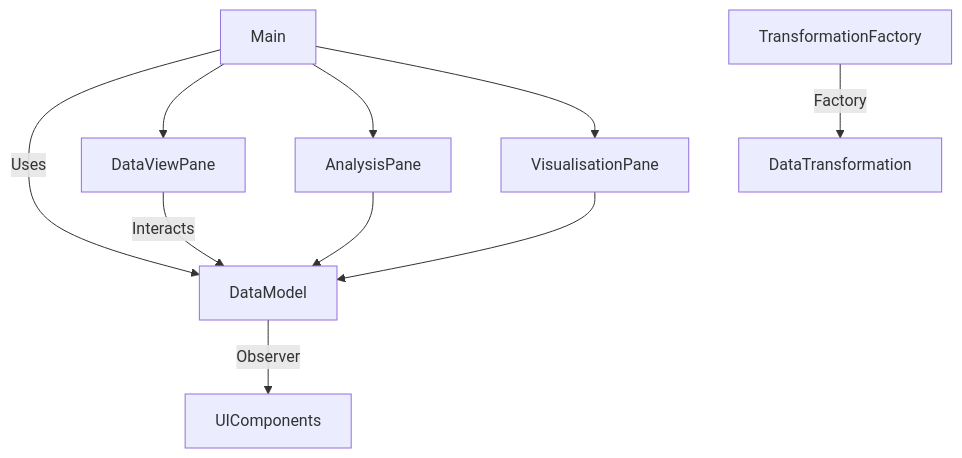
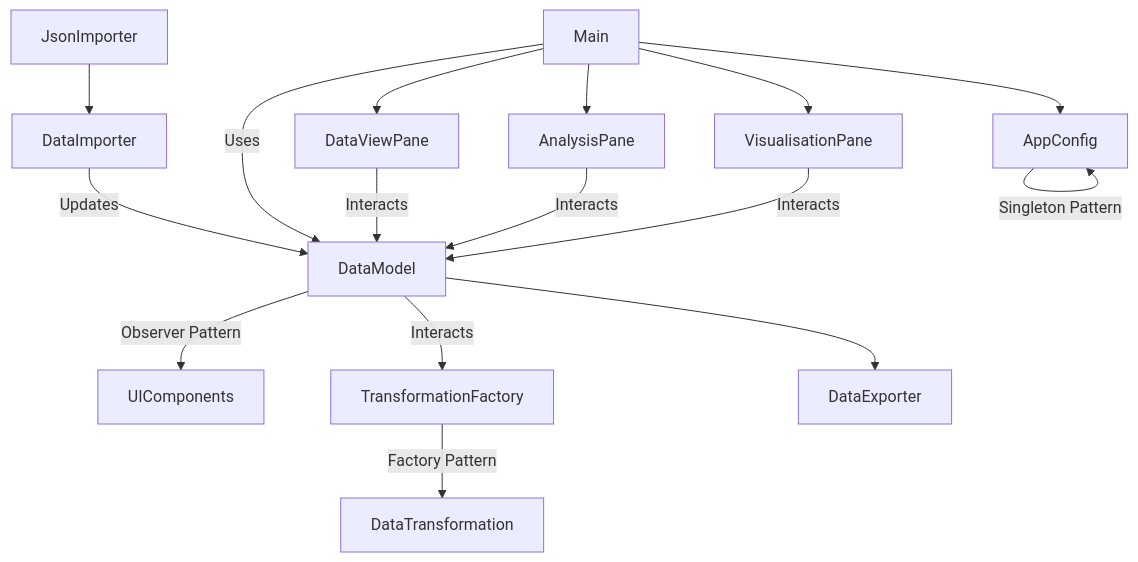
One commit to arysgithub/Data-Science-Manager changed the first of 2 diagrams in README.md. Above: the diagram before and after it, drawn with Mermaid. The commit also changed other lines of this file, not shown here.

Commit message:
First push with everything working main, other classes including the 3 patterns singleton, observer and factory

````diff
--- a/README.md
+++ b/README.md
@@ -89,12 +89,21 @@
 ```mermaid
 graph TD
-    Main -->|Uses| DataModel
-    Main --> DataViewPane
-    Main --> AnalysisPane
-    Main --> VisualisationPane
-    DataModel -->|Observer| UIComponents
-    TransformationFactory -->|Factory| DataTransformation
-    DataViewPane -->|Interacts| DataModel
-    AnalysisPane --> DataModel
-    VisualisationPane --> DataModel
+   Main --> |Uses|DataModel
+   Main --> DataViewPane
+   Main --> AnalysisPane
+   Main --> VisualisationPane
+   Main --> AppConfig
+
+   DataModel -->|Observer Pattern| UIComponents
+   DataModel --> |Interacts|TransformationFactory
+   DataModel --> DataExporter
+   DataImporter -->|Updates| DataModel
+   JsonImporter --> DataImporter
+
+   TransformationFactory -->|Factory Pattern| DataTransformation
+   AppConfig -->|Singleton Pattern| AppConfig
+
+   DataViewPane --> |Interacts|DataModel
+   AnalysisPane --> |Interacts|DataModel
+   VisualisationPane -->|Interacts| DataModel
 ```
````
